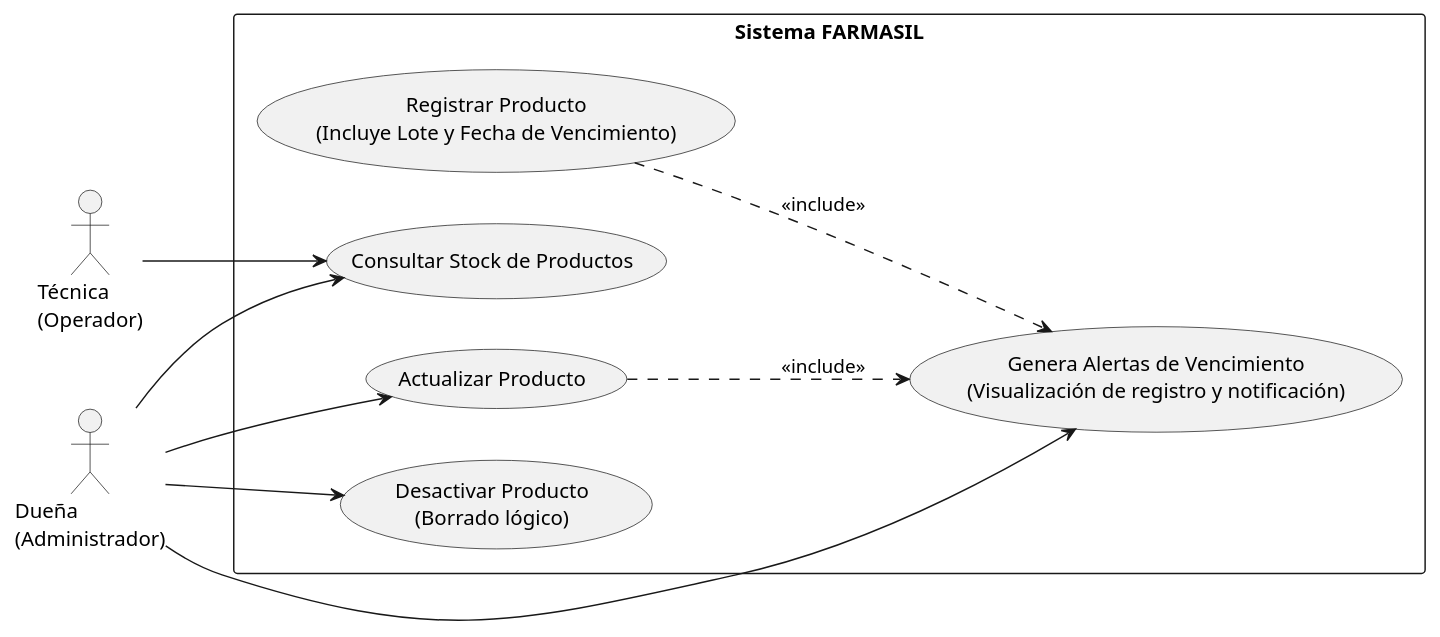
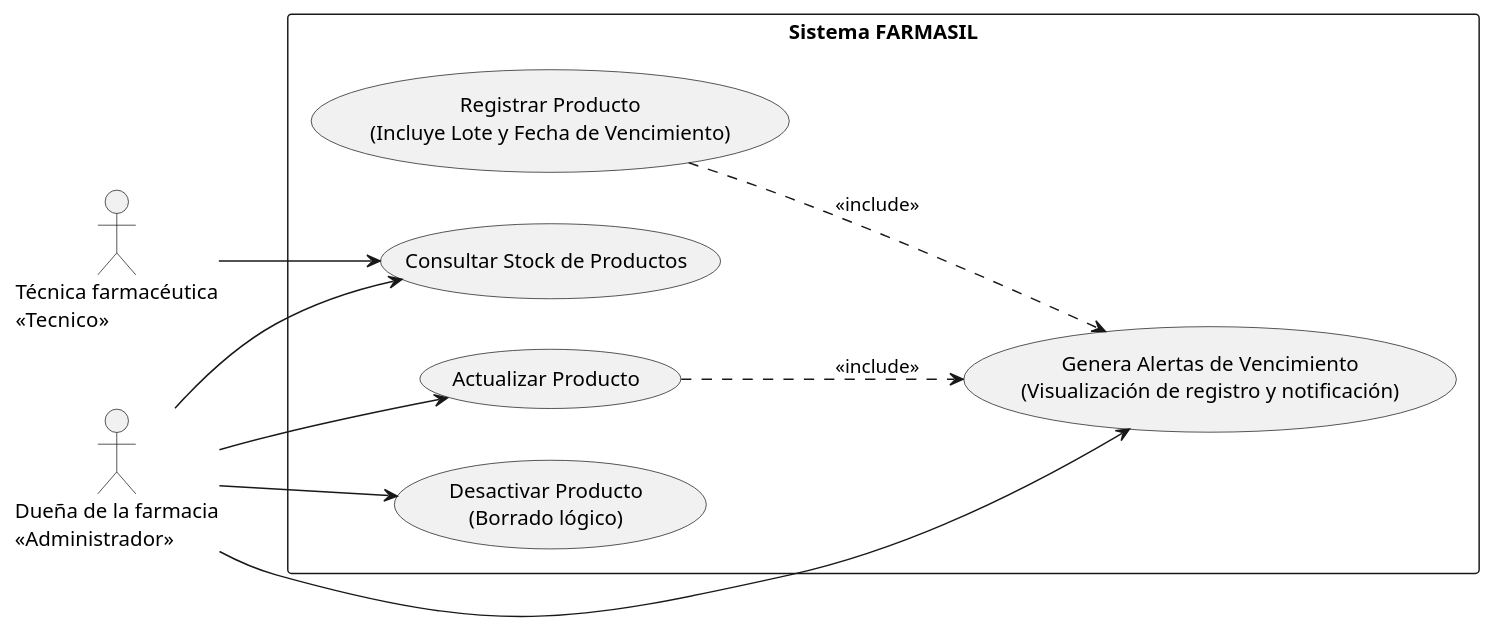
Before and after one commit to Luis-Ayben-Chahua-Charca/Farmasil_App: the diagram in docs/diagramas/plaintext-CasosUso/CU-04_Inventario.puml, drawn with PlantUML. The commit also changed 15 other files, not shown here.

```diff
--- a/docs/diagramas/plaintext-CasosUso/CU-04_Inventario.puml
+++ b/docs/diagramas/plaintext-CasosUso/CU-04_Inventario.puml
@@ -1,29 +1,29 @@
 @startuml
 left to right direction
 skinparam packageStyle rectangle
 
-actor "Técnica\n(Operador)" as Tecnica
-actor "Dueña\n(Administrador)" as Duena
+actor "Técnica farmacéutica\n<<Tecnico>>" as Tecnica
+actor "Dueña de la farmacia\n<<Administrador>>" as Duena
 
 rectangle "Sistema FARMASIL" {
     usecase "Registrar Producto\n(Incluye Lote y Fecha de Vencimiento)" as UC_Registrar
     usecase "Consultar Stock de Productos" as UC_Consultar
     usecase "Actualizar Producto" as UC_Actualizar
     usecase "Desactivar Producto\n(Borrado lógico)" as UC_Desactivar
     usecase "Genera Alertas de Vencimiento\n(Visualización de registro y notificación)" as UC_Alertas
 }
 
 ' Relaciones de la Técnica (Solo consulta)
 Tecnica --> UC_Consultar
 
 ' Relaciones de la Dueña
 Duena --> UC_Consultar
 Duena --> UC_Actualizar
 Duena --> UC_Desactivar
 Duena --> UC_Alertas
 
 ' Relaciones de inclusión (<<include>>)
 UC_Registrar ..> UC_Alertas : <<include>>
 UC_Actualizar ..> UC_Alertas : <<include>>
 
 @enduml
```
